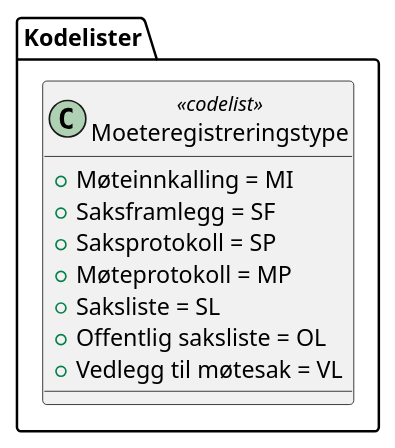
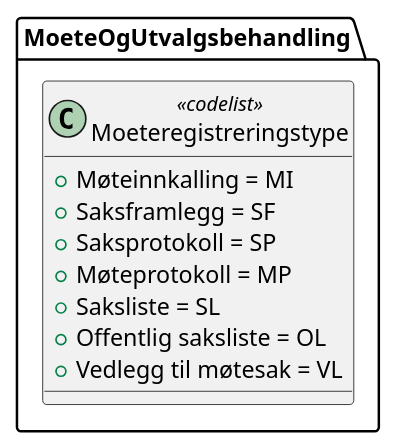
One commit to arkivverket/noark5-tjenestegrensesnitt-standard changed the diagram in kapitler/media/uml-codelist-moeteregistreringstype.iuml. Above: the diagram before and after it, drawn with PlantUML. The commit also changed 10 other files, not shown here.

```diff
--- a/kapitler/media/uml-codelist-moeteregistreringstype.iuml
+++ b/kapitler/media/uml-codelist-moeteregistreringstype.iuml
@@ -1,11 +1,11 @@
 @startuml
-class Kodelister.Moeteregistreringstype <<codelist>> {
+class MoeteOgUtvalgsbehandling.Moeteregistreringstype <<codelist>> {
   +Møteinnkalling = MI
   +Saksframlegg = SF
   +Saksprotokoll = SP
   +Møteprotokoll = MP
   +Saksliste = SL
   +Offentlig saksliste = OL
   +Vedlegg til møtesak = VL
 }
 @enduml
```
